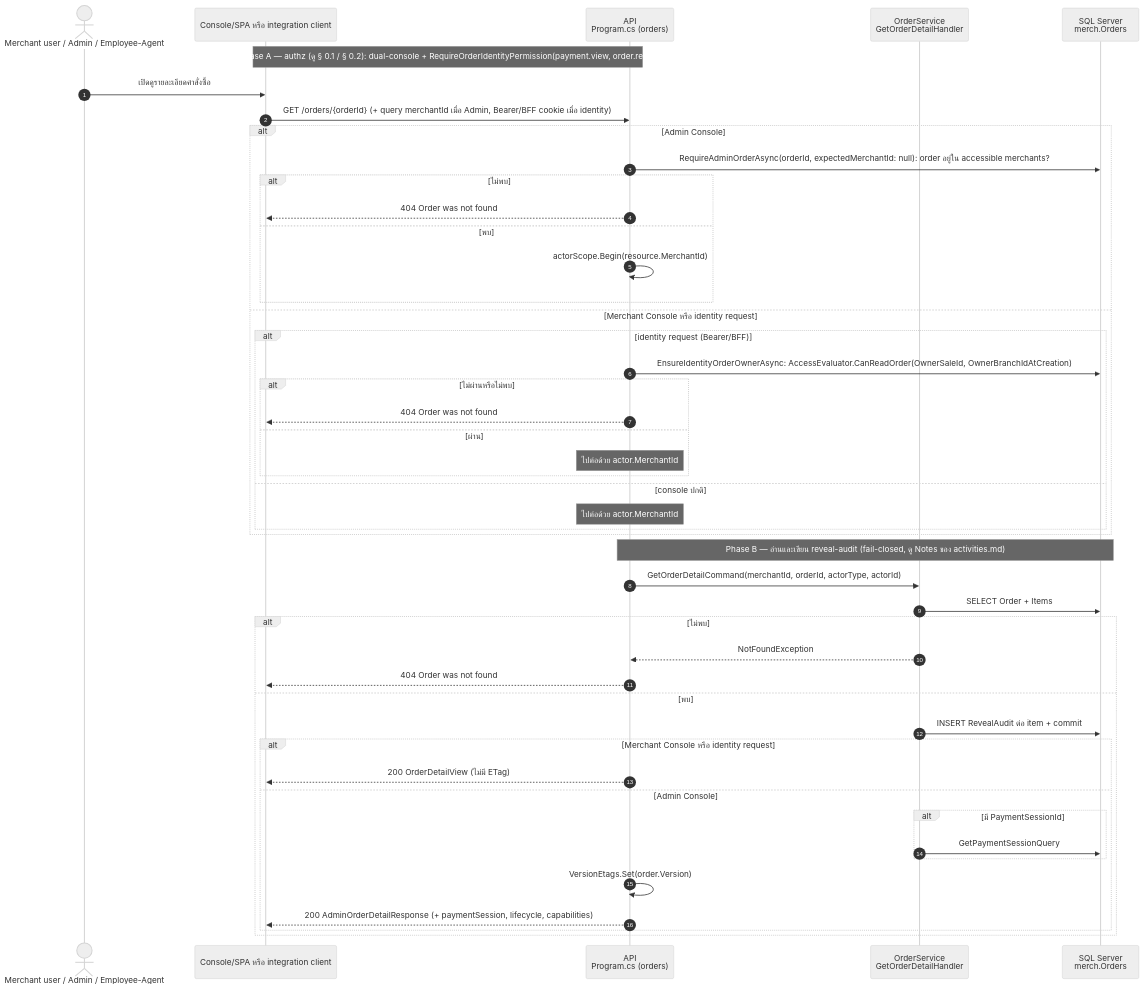
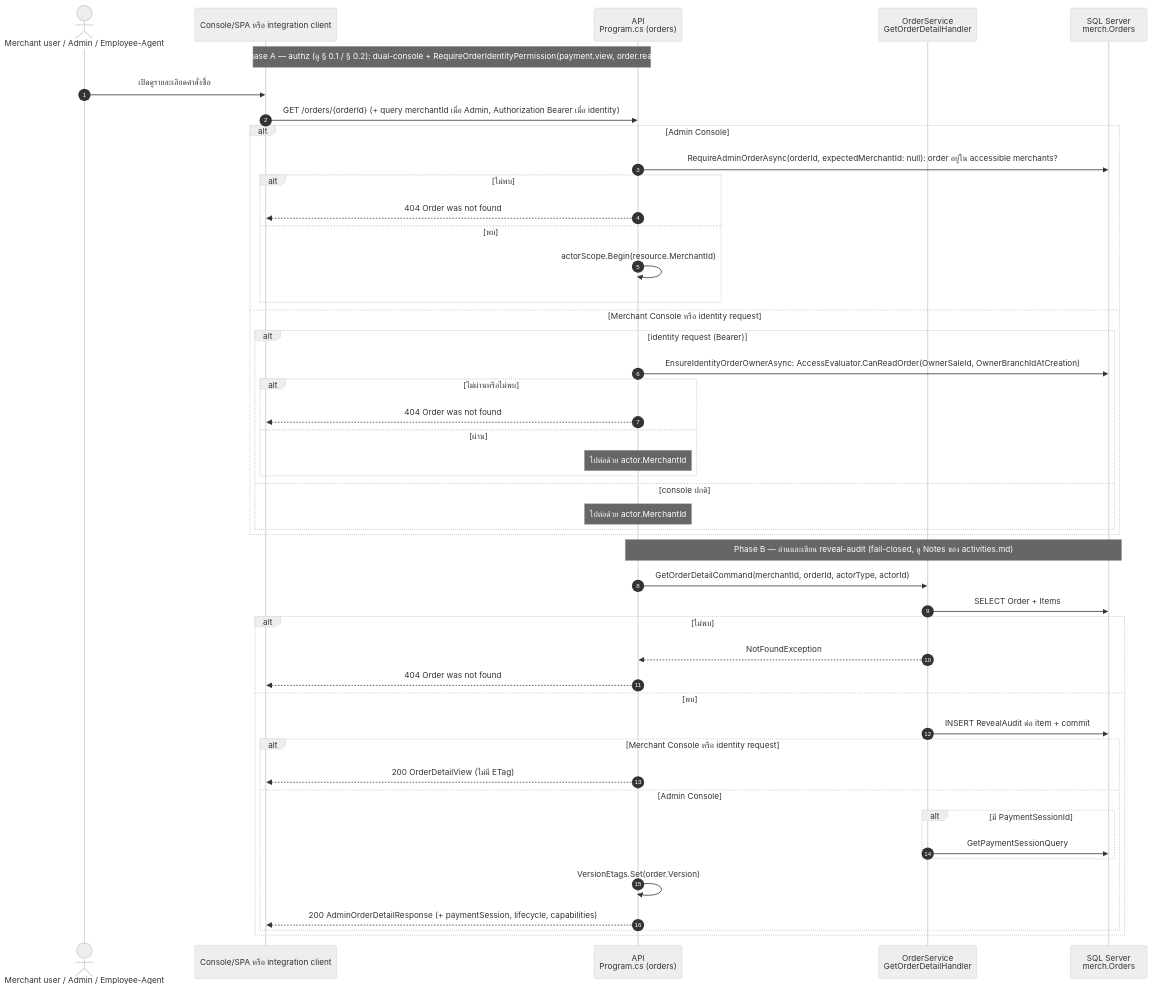
One commit to metrodiesign/pol-core changed the third of 10 diagrams in outputs/diagrams/2026-09-14_api-endpoints_v1/04-carts-products-orders.sequences.md. Above: the diagram before and after it, drawn with Mermaid (neutral theme). The commit also changed other lines of this file and 42 other files, not shown here.

First line of the commit message:
docs: align reference docs and the API diagram set with the Bearer-only admin plane

````diff
--- a/outputs/diagrams/2026-09-14_api-endpoints_v1/04-carts-products-orders.sequences.md
+++ b/outputs/diagrams/2026-09-14_api-endpoints_v1/04-carts-products-orders.sequences.md
@@ -183,50 +183,50 @@
 ```mermaid
 sequenceDiagram
     autonumber
     actor U as Merchant user / Admin / Employee-Agent
     participant CON as Console/SPA หรือ integration client
     participant API as API<br/>Program.cs (orders)
     participant SVC as OrderService<br/>GetOrderDetailHandler
     participant DB as SQL Server<br/>merch.Orders
 
     Note over CON,API: Phase A — authz (ดู § 0.1 / § 0.2): dual-console + RequireOrderIdentityPermission(payment.view, order.read)
     U->>CON: เปิดดูรายละเอียดคำสั่งซื้อ
-    CON->>API: GET /orders/{orderId} (+ query merchantId เมื่อ Admin, Bearer/BFF cookie เมื่อ identity)
+    CON->>API: GET /orders/{orderId} (+ query merchantId เมื่อ Admin, Authorization Bearer เมื่อ identity)
     alt Admin Console
         API->>DB: RequireAdminOrderAsync(orderId, expectedMerchantId: null): order อยู่ใน accessible merchants?
         alt ไม่พบ
             API-->>CON: 404 Order was not found
         else พบ
             API->>API: actorScope.Begin(resource.MerchantId)
         end
     else Merchant Console หรือ identity request
-        alt identity request (Bearer/BFF)
+        alt identity request (Bearer)
             API->>DB: EnsureIdentityOrderOwnerAsync: AccessEvaluator.CanReadOrder(OwnerSaleId, OwnerBranchIdAtCreation)
             alt ไม่ผ่านหรือไม่พบ
                 API-->>CON: 404 Order was not found
             else ผ่าน
                 Note over API: ไปต่อด้วย actor.MerchantId
             end
         else console ปกติ
             Note over API: ไปต่อด้วย actor.MerchantId
         end
     end
     Note over API,DB: Phase B — อ่านและเขียน reveal-audit (fail-closed, ดู Notes ของ activities.md)
     API->>SVC: GetOrderDetailCommand(merchantId, orderId, actorType, actorId)
     SVC->>DB: SELECT Order + Items
     alt ไม่พบ
         SVC-->>API: NotFoundException
         API-->>CON: 404 Order was not found
     else พบ
         SVC->>DB: INSERT RevealAudit ต่อ item + commit
         alt Merchant Console หรือ identity request
             API-->>CON: 200 OrderDetailView (ไม่มี ETag)
         else Admin Console
             alt มี PaymentSessionId
                 SVC->>DB: GetPaymentSessionQuery
             end
             API->>API: VersionEtags.Set(order.Version)
             API-->>CON: 200 AdminOrderDetailResponse (+ paymentSession, lifecycle, capabilities)
         end
     end
 ```
````
